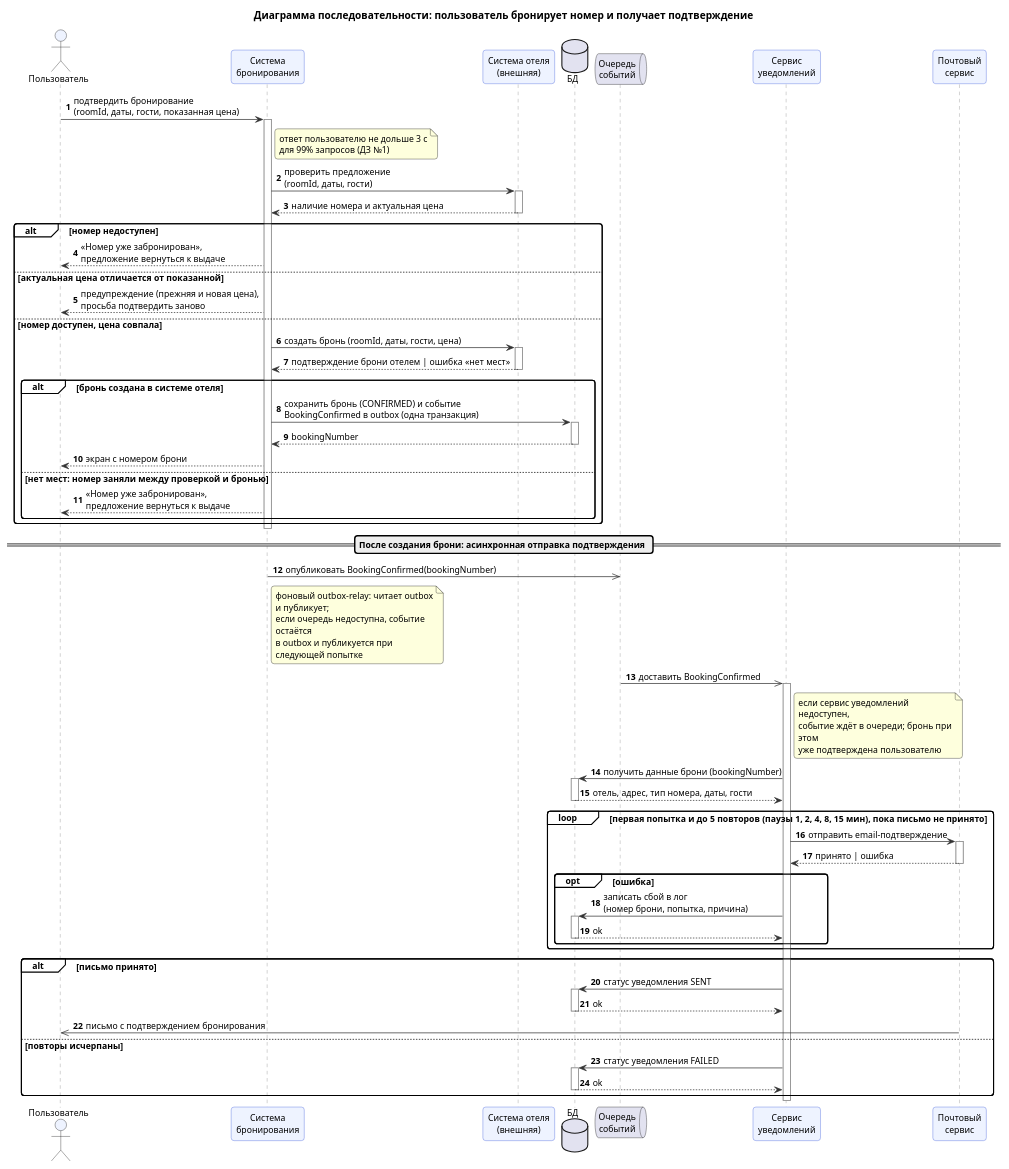
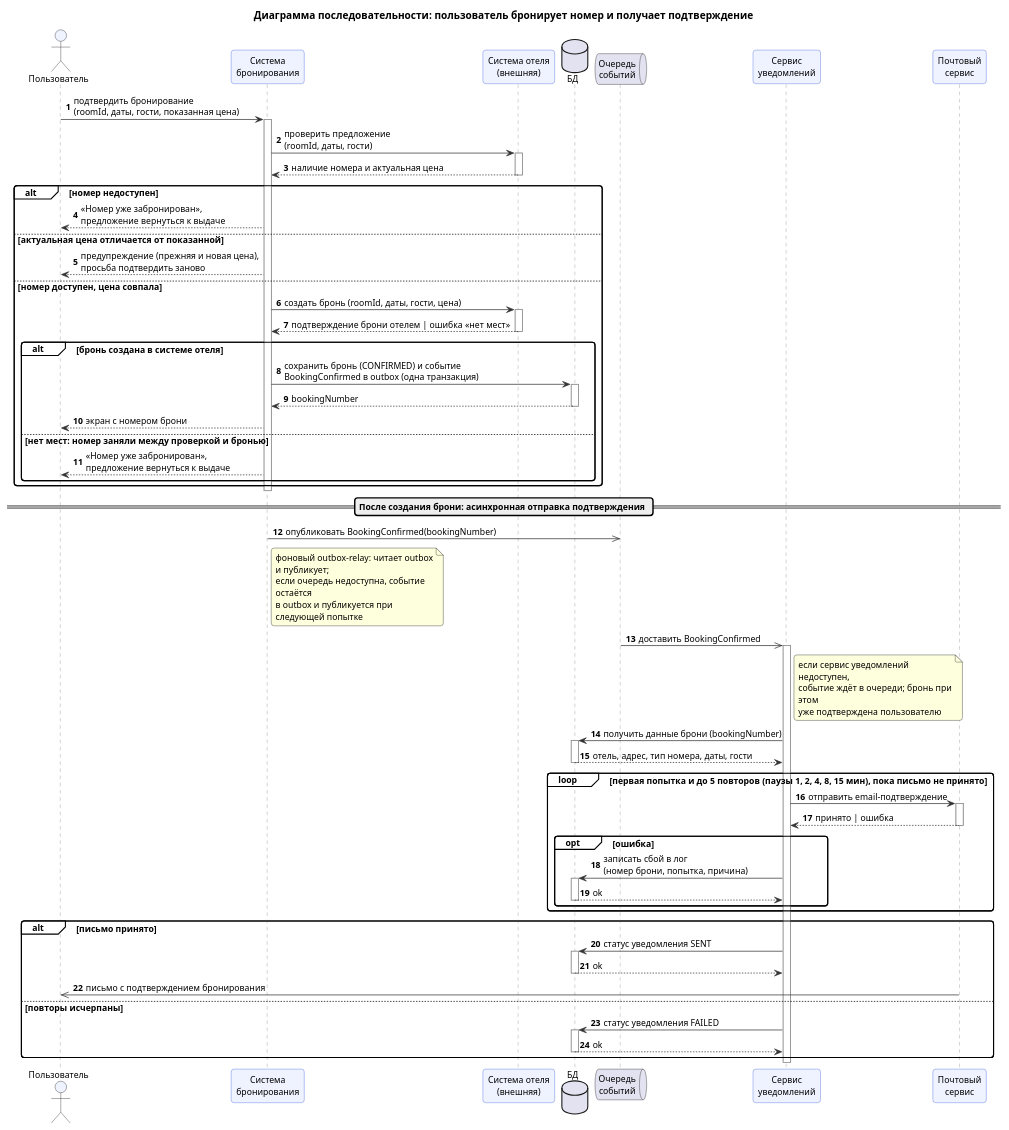
The diagram in hw2/1_3_sequence.puml (Remsely/cu-system-analysis), drawn with PlantUML before and after one commit.

Commit message:
chore: drop non-required hw1 note from sequence diagram
Claude-Session: https://claude.ai/code/session_01GqxdLWzwTh89iq96gpoYoC

```diff
--- a/hw2/1_3_sequence.puml
+++ b/hw2/1_3_sequence.puml
@@ -1,98 +1,97 @@
 @startuml
 skinparam shadowing false
 skinparam defaultFontSize 12
 skinparam backgroundColor white
 skinparam roundCorner 8
 skinparam ArrowColor #333333
 skinparam wrapWidth 220
 title Диаграмма последовательности: пользователь бронирует номер и получает подтверждение
 skinparam sequence {
   ParticipantBackgroundColor #EEF3FF
   ParticipantBorderColor #3B5BDB
   ActorBackgroundColor #EEF3FF
   LifeLineBorderColor #888888
   GroupBackgroundColor #FFFFFF
 }
 autonumber "<b>0"
 actor "Пользователь" as U
 participant "Система\nбронирования" as W
 participant "Система отеля\n(внешняя)" as H
 database "БД" as DB
 queue "Очередь\nсобытий" as Q
 participant "Сервис\nуведомлений" as N
 participant "Почтовый\nсервис" as M
 
 U -> W : подтвердить бронирование\n(roomId, даты, гости, показанная цена)
 activate W
-note right of W : ответ пользователю не дольше 3 с\nдля 99% запросов (ДЗ №1)
 W -> H : проверить предложение\n(roomId, даты, гости)
 activate H
 H --> W : наличие номера и актуальная цена
 deactivate H
 
 alt номер недоступен
   W --> U : «Номер уже забронирован»,\nпредложение вернуться к выдаче
 else актуальная цена отличается от показанной
   W --> U : предупреждение (прежняя и новая цена),\nпросьба подтвердить заново
 else номер доступен, цена совпала
   W -> H : создать бронь (roomId, даты, гости, цена)
   activate H
   H --> W : подтверждение брони отелем | ошибка «нет мест»
   deactivate H
   alt бронь создана в системе отеля
     W -> DB : сохранить бронь (CONFIRMED) и событие\nBookingConfirmed в outbox (одна транзакция)
     activate DB
     DB --> W : bookingNumber
     deactivate DB
     W --> U : экран с номером брони
   else нет мест: номер заняли между проверкой и бронью
     W --> U : «Номер уже забронирован»,\nпредложение вернуться к выдаче
   end
 end
 deactivate W
 
 == После создания брони: асинхронная отправка подтверждения ==
 
 W ->> Q : опубликовать BookingConfirmed(bookingNumber)
 note right of W
   фоновый outbox-relay: читает outbox и публикует;
   если очередь недоступна, событие остаётся
   в outbox и публикуется при следующей попытке
 end note
 Q ->> N : доставить BookingConfirmed
 note right of N
   если сервис уведомлений недоступен,
   событие ждёт в очереди; бронь при этом
   уже подтверждена пользователю
 end note
 activate N
 N -> DB : получить данные брони (bookingNumber)
 activate DB
 DB --> N : отель, адрес, тип номера, даты, гости
 deactivate DB
 loop первая попытка и до 5 повторов (паузы 1, 2, 4, 8, 15 мин), пока письмо не принято
   N -> M : отправить email-подтверждение
   activate M
   M --> N : принято | ошибка
   deactivate M
   opt ошибка
     N -> DB : записать сбой в лог\n(номер брони, попытка, причина)
     activate DB
     DB --> N : ok
     deactivate DB
   end
 end
 alt письмо принято
   N -> DB : статус уведомления SENT
   activate DB
   DB --> N : ok
   deactivate DB
   M ->> U : письмо с подтверждением бронирования
 else повторы исчерпаны
   N -> DB : статус уведомления FAILED
   activate DB
   DB --> N : ok
   deactivate DB
 end
 deactivate N
 @enduml
```
